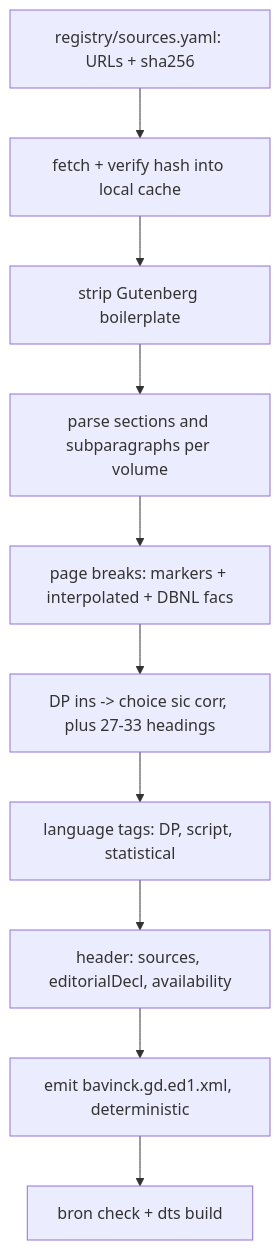
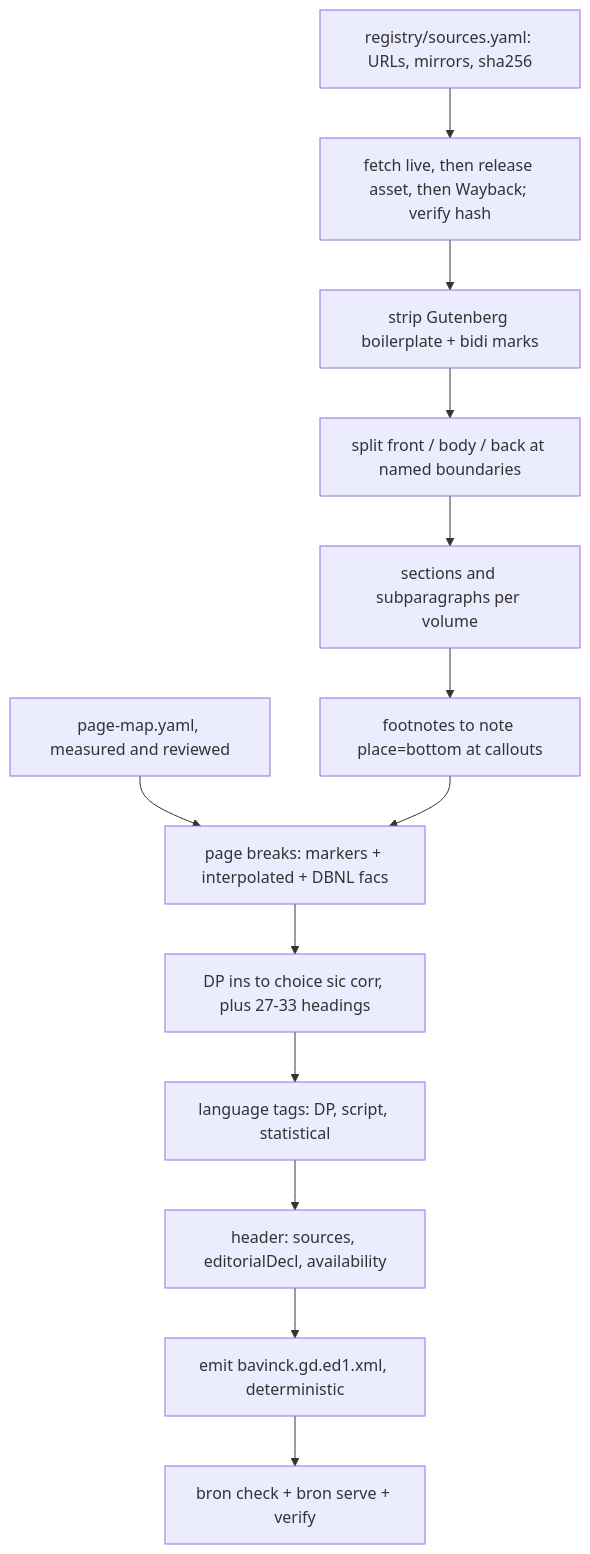
Before and after one commit to robertguss/bron: the third of 4 diagrams in docs/plans/2026-11-03-0447-feat-m0-m1-scaffolding-gd1-tei-plan.md, drawn with Mermaid. The commit also changed other lines of this file and 8 other files, not shown here.

````diff
--- a/docs/plans/2026-11-03-0447-feat-m0-m1-scaffolding-gd1-tei-plan.md
+++ b/docs/plans/2026-11-03-0447-feat-m0-m1-scaffolding-gd1-tei-plan.md
@@ -221,12 +347,15 @@
 ```mermaid
 flowchart TB
-  REG[registry/sources.yaml: URLs + sha256] --> FETCH[fetch + verify hash into local cache]
-  FETCH --> STRIP[strip Gutenberg boilerplate]
-  STRIP --> PARSE[parse sections and subparagraphs per volume]
-  PARSE --> PAGES[page breaks: markers + interpolated + DBNL facs]
-  PAGES --> CORR[DP ins -> choice sic corr, plus 27-33 headings]
+  REG[registry/sources.yaml: URLs, mirrors, sha256] --> FETCH[fetch live, then release asset, then Wayback; verify hash]
+  FETCH --> STRIP[strip Gutenberg boilerplate + bidi marks]
+  STRIP --> REGION[split front / body / back at named boundaries]
+  REGION --> PARSE[sections and subparagraphs per volume]
+  PARSE --> NOTES[footnotes to note place=bottom at callouts]
+  MAP[page-map.yaml, measured and reviewed] --> PAGES
+  NOTES --> PAGES[page breaks: markers + interpolated + DBNL facs]
+  PAGES --> CORR[DP ins to choice sic corr, plus 27-33 headings]
   CORR --> LANG[language tags: DP, script, statistical]
   LANG --> HDR[header: sources, editorialDecl, availability]
   HDR --> EMIT[emit bavinck.gd.ed1.xml, deterministic]
-  EMIT --> CHECK[bron check + dts build]
+  EMIT --> CHECK[bron check + bron serve + verify]
 ```
````
